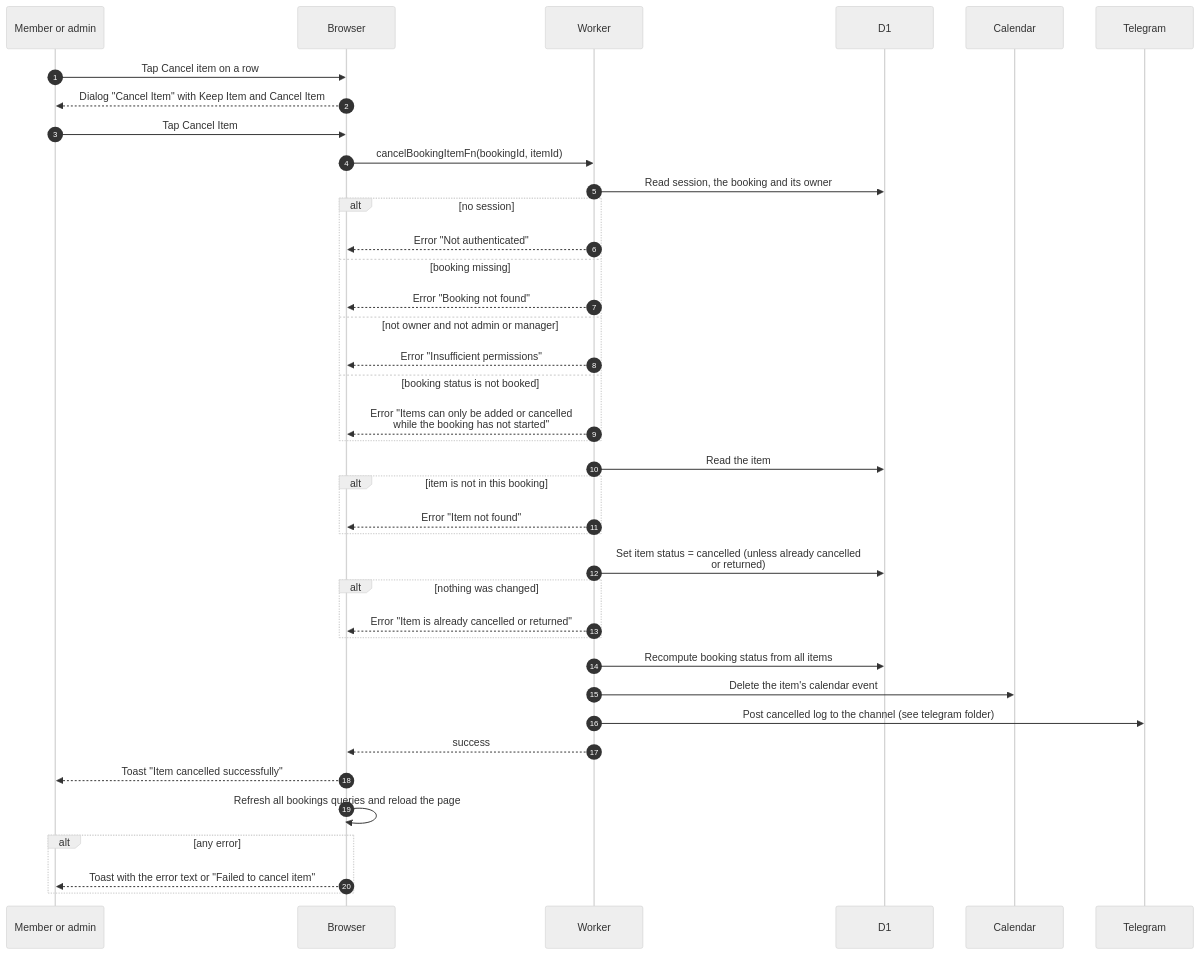
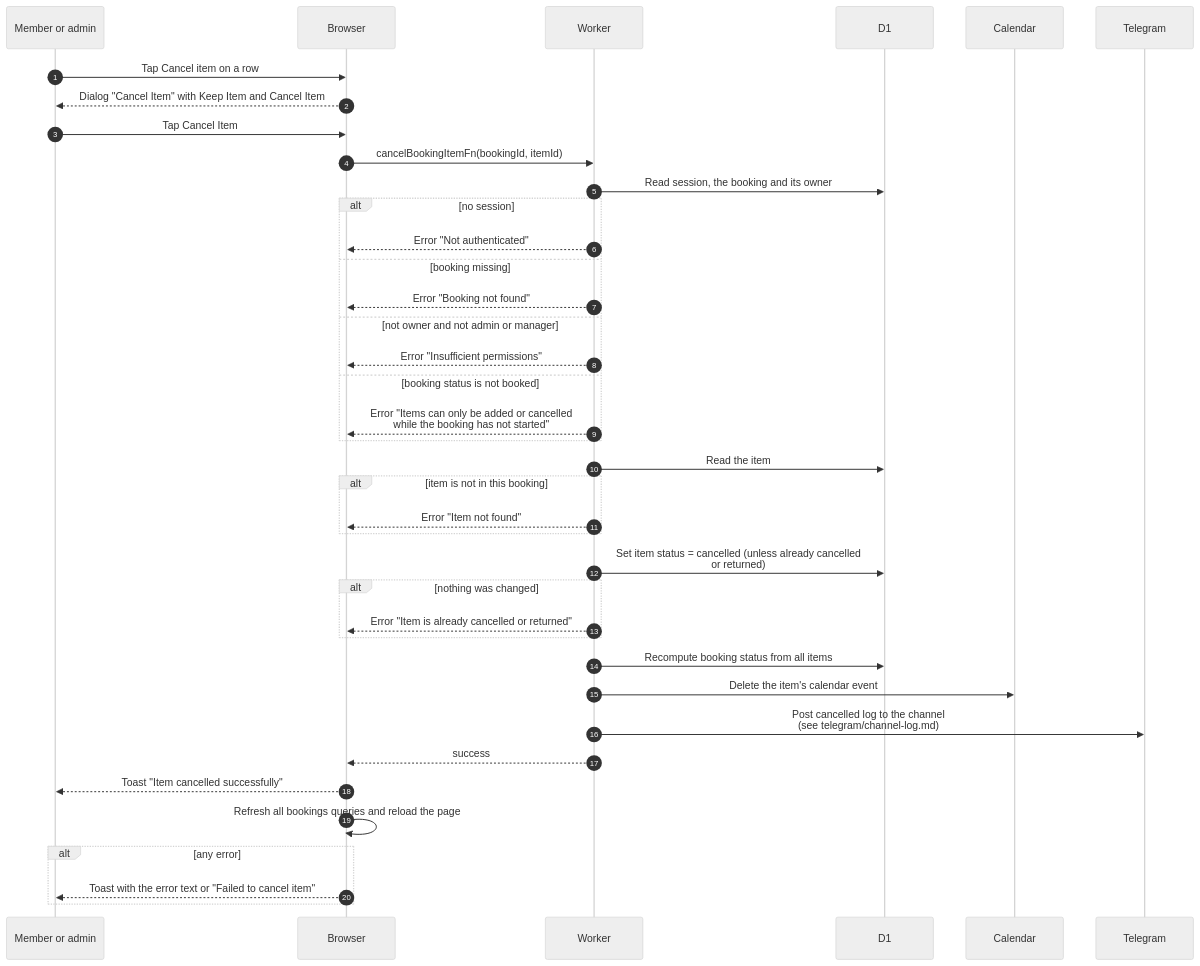
Before and after one commit to sagyzdop/meriksirat: the diagram in docs/scenarios/bookings/cancel-item.md, drawn with Mermaid (neutral theme). The commit also changed other lines of this file and 17 other files, not shown here.

Commit message:
docs(scenarios): verify bookings diagrams against the code

````diff
--- a/docs/scenarios/bookings/cancel-item.md
+++ b/docs/scenarios/bookings/cancel-item.md
@@ -29,41 +29,41 @@
 ```mermaid
 sequenceDiagram
     autonumber
     participant P as Member or admin
     participant B as Browser
     participant W as Worker
     participant D as D1
     participant C as Calendar
     participant T as Telegram
     P->>B: Tap Cancel item on a row
     B-->>P: Dialog "Cancel Item" with Keep Item and Cancel Item
     P->>B: Tap Cancel Item
     B->>W: cancelBookingItemFn(bookingId, itemId)
     W->>D: Read session, the booking and its owner
     alt no session
         W-->>B: Error "Not authenticated"
     else booking missing
         W-->>B: Error "Booking not found"
     else not owner and not admin or manager
         W-->>B: Error "Insufficient permissions"
     else booking status is not booked
         W-->>B: Error "Items can only be added or cancelled<br/>while the booking has not started"
     end
     W->>D: Read the item
     alt item is not in this booking
         W-->>B: Error "Item not found"
     end
     W->>D: Set item status = cancelled (unless already cancelled<br/>or returned)
     alt nothing was changed
         W-->>B: Error "Item is already cancelled or returned"
     end
     W->>D: Recompute booking status from all items
     W->>C: Delete the item's calendar event
-    W->>T: Post cancelled log to the channel (see telegram folder)
+    W->>T: Post cancelled log to the channel<br/>(see telegram/channel-log.md)
     W-->>B: success
     B-->>P: Toast "Item cancelled successfully"
     B->>B: Refresh all bookings queries and reload the page
     alt any error
         B-->>P: Toast with the error text or "Failed to cancel item"
     end
 ```
````
